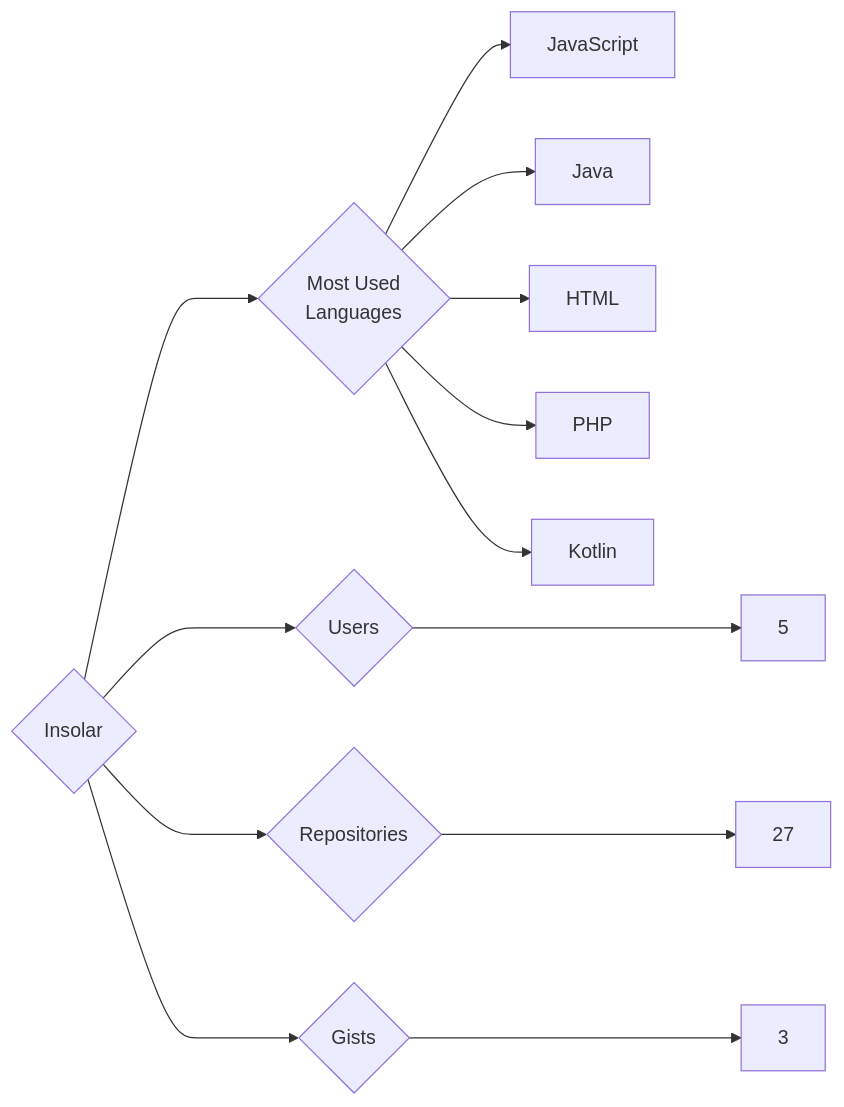
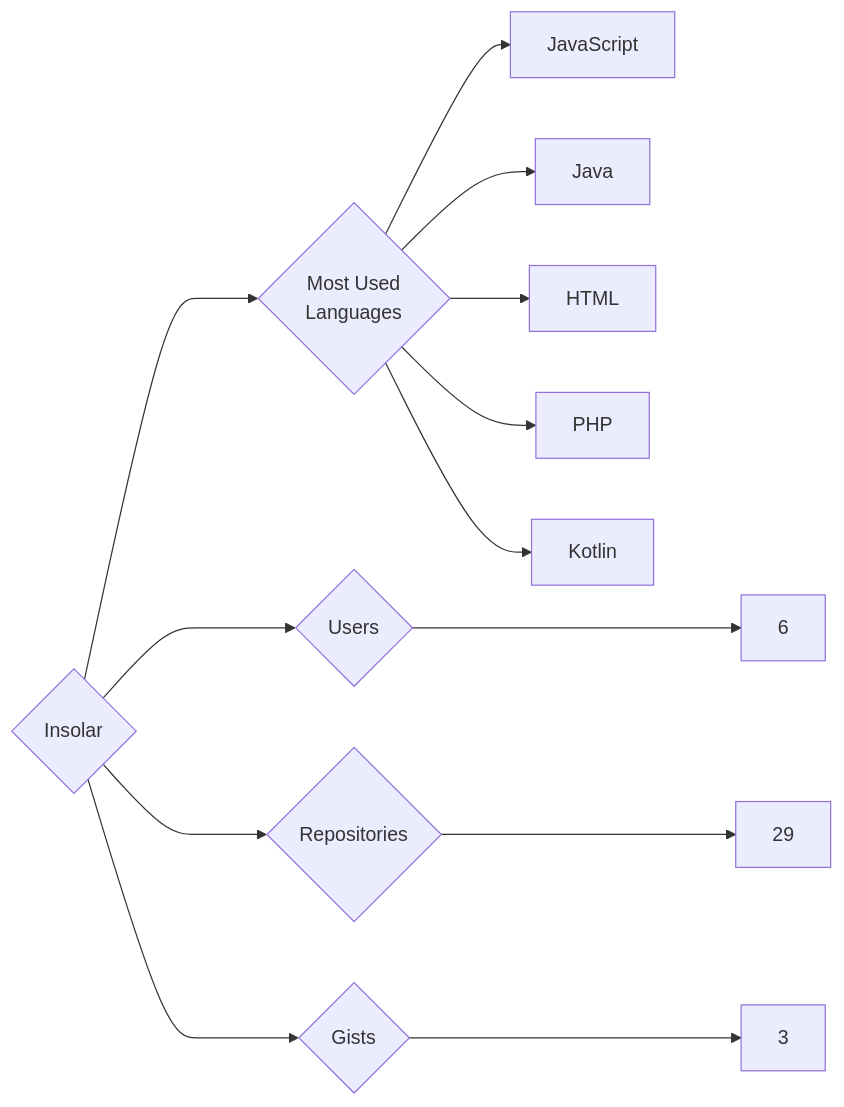
One commit to trickest/insiders changed the diagram in targets/Insolar/README.md. Above: the diagram before and after it, drawn with Mermaid. The commit also changed 988 other files, not shown here.

````diff
--- a/targets/Insolar/README.md
+++ b/targets/Insolar/README.md
@@ -3,13 +3,13 @@
 ```mermaid
 graph LR
 COMPANY_NAME{Insolar}
-COMPANY_NAME ---> U{Users} ---> UN[5]
-COMPANY_NAME ---> R{Repositories} ---> RN[27]
+COMPANY_NAME ---> U{Users} ---> UN[6]
+COMPANY_NAME ---> R{Repositories} ---> RN[29]
 COMPANY_NAME ---> G{Gists} ---> GN[3]
 COMPANY_NAME ---> ML{Most Used<br>Languages}
 ML --> JavaScript[JavaScript]
 ML --> Java[Java]
 ML --> HTML[HTML]
 ML --> PHP[PHP]
 ML --> Kotlin[Kotlin]
 ```
````
